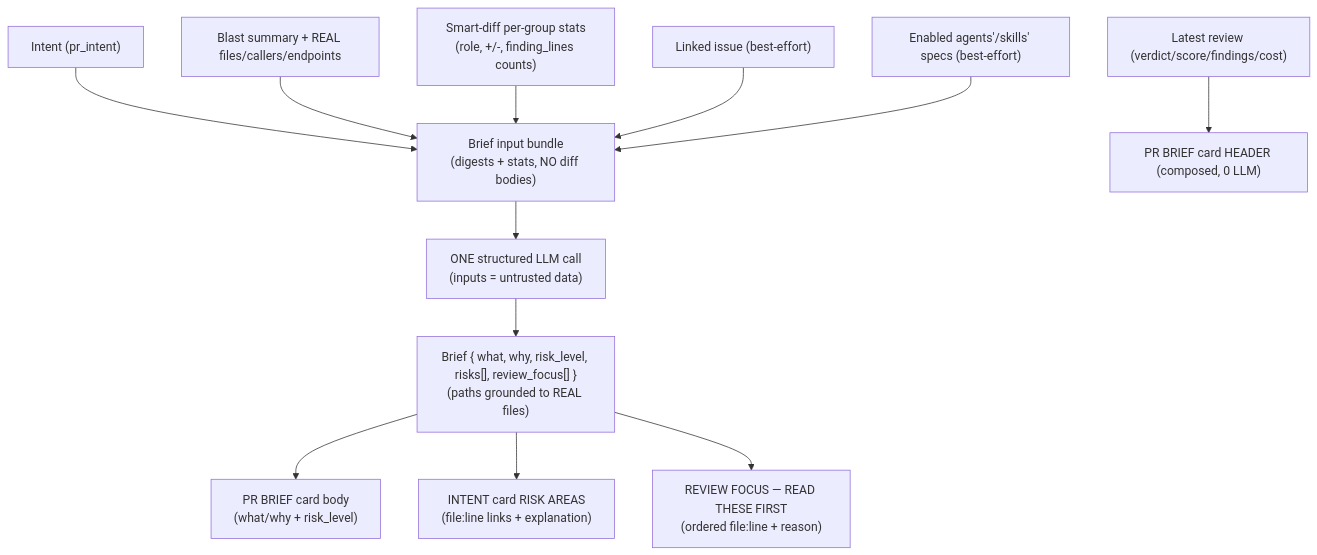
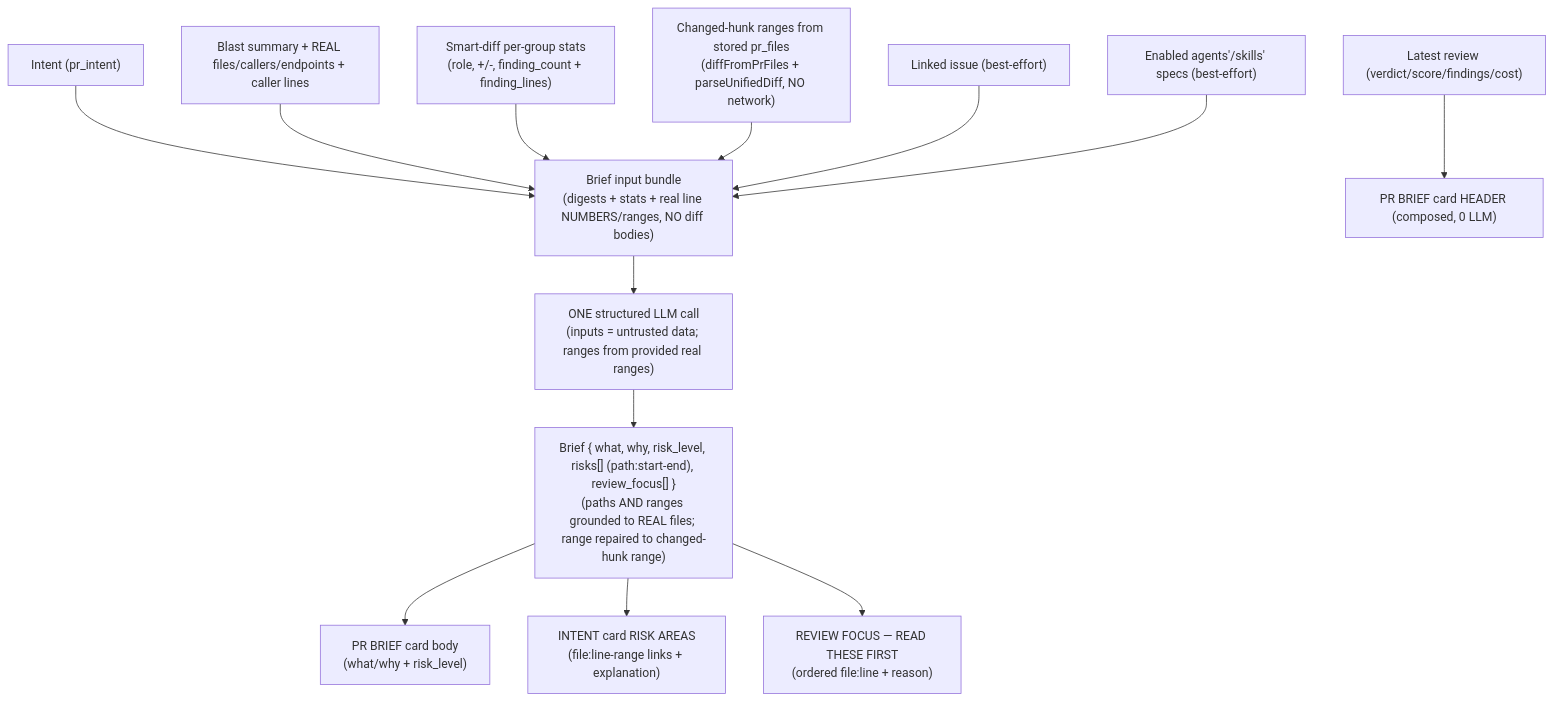
One commit to SyukPublic/dev-digest changed the third of 3 diagrams in docs/specs/SPEC-2026-07-05-why-risk-brief.md. Above: the diagram before and after it, drawn with Mermaid. The commit also changed other lines of this file and 1 other file, not shown here.

First line of the commit message:
docs(spec,plan): approve mandatory line-range in risk refs — 2026-07-06 delta

````diff
--- a/docs/specs/SPEC-2026-07-05-why-risk-brief.md
+++ b/docs/specs/SPEC-2026-07-05-why-risk-brief.md
@@ -438,14 +577,15 @@
 ```mermaid
 flowchart TD
-  Intent["Intent (pr_intent)"] --> IN["Brief input bundle\n(digests + stats, NO diff bodies)"]
-  Blast["Blast summary + REAL files/callers/endpoints"] --> IN
-  SD["Smart-diff per-group stats\n(role, +/-, finding_lines counts)"] --> IN
+  Intent["Intent (pr_intent)"] --> IN["Brief input bundle\n(digests + stats + real line NUMBERS/ranges, NO diff bodies)"]
+  Blast["Blast summary + REAL files/callers/endpoints + caller lines"] --> IN
+  SD["Smart-diff per-group stats\n(role, +/-, finding_count + finding_lines)"] --> IN
+  Ranges["Changed-hunk ranges from stored pr_files\n(diffFromPrFiles + parseUnifiedDiff, NO network)"] --> IN
   Issue["Linked issue (best-effort)"] --> IN
   Specs["Enabled agents'/skills' specs (best-effort)"] --> IN
-  IN --> Model["ONE structured LLM call\n(inputs = untrusted data)"]
-  Model --> Brief["Brief { what, why, risk_level, risks[], review_focus[] }\n(paths grounded to REAL files)"]
+  IN --> Model["ONE structured LLM call\n(inputs = untrusted data; ranges from provided real ranges)"]
+  Model --> Brief["Brief { what, why, risk_level, risks[] (path:start-end), review_focus[] }\n(paths AND ranges grounded to REAL files; range repaired to changed-hunk range)"]
   Brief --> Card["PR BRIEF card body\n(what/why + risk_level)"]
-  Brief --> Risks["INTENT card RISK AREAS\n(file:line links + explanation)"]
+  Brief --> Risks["INTENT card RISK AREAS\n(file:line-range links + explanation)"]
   Brief --> Focus["REVIEW FOCUS — READ THESE FIRST\n(ordered file:line + reason)"]
   Review["Latest review (verdict/score/findings/cost)"] --> Header["PR BRIEF card HEADER (composed, 0 LLM)"]
 ```
````
